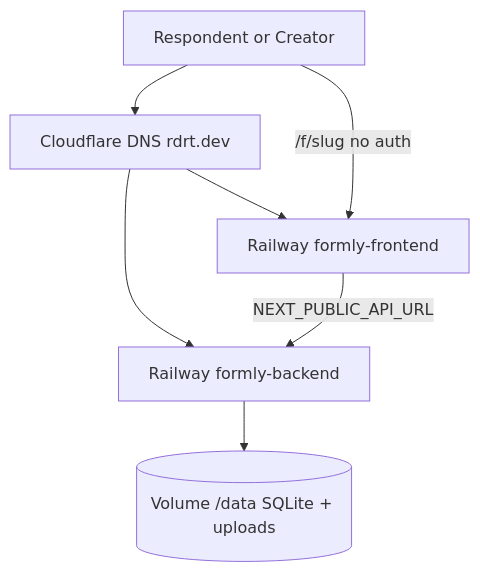
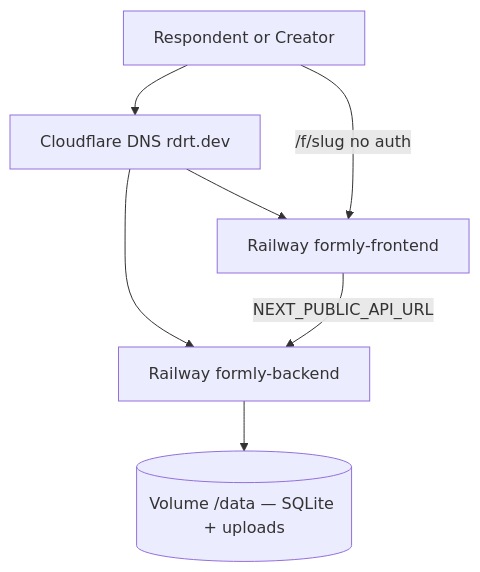
The second of 2 diagrams in docs/diagrams/component.md (ruthwikkakumani/formly), drawn with Mermaid before and after one commit. The commit also changed other lines of this file and 11 other files, not shown here.

````diff
--- a/docs/diagrams/component.md
+++ b/docs/diagrams/component.md
@@ -33,15 +35,15 @@
 ```mermaid
 flowchart TB
   User[Respondent or Creator]
   CF[Cloudflare DNS rdrt.dev]
   Web[Railway formly-frontend]
   API[Railway formly-backend]
-  Vol[(Volume /data SQLite + uploads)]
+  Vol[("Volume /data — SQLite + uploads")]
 
   User --> CF
   CF --> Web
   CF --> API
   Web -->|NEXT_PUBLIC_API_URL| API
   User -->|/f/slug no auth| Web
   API --> Vol
 ```
````
